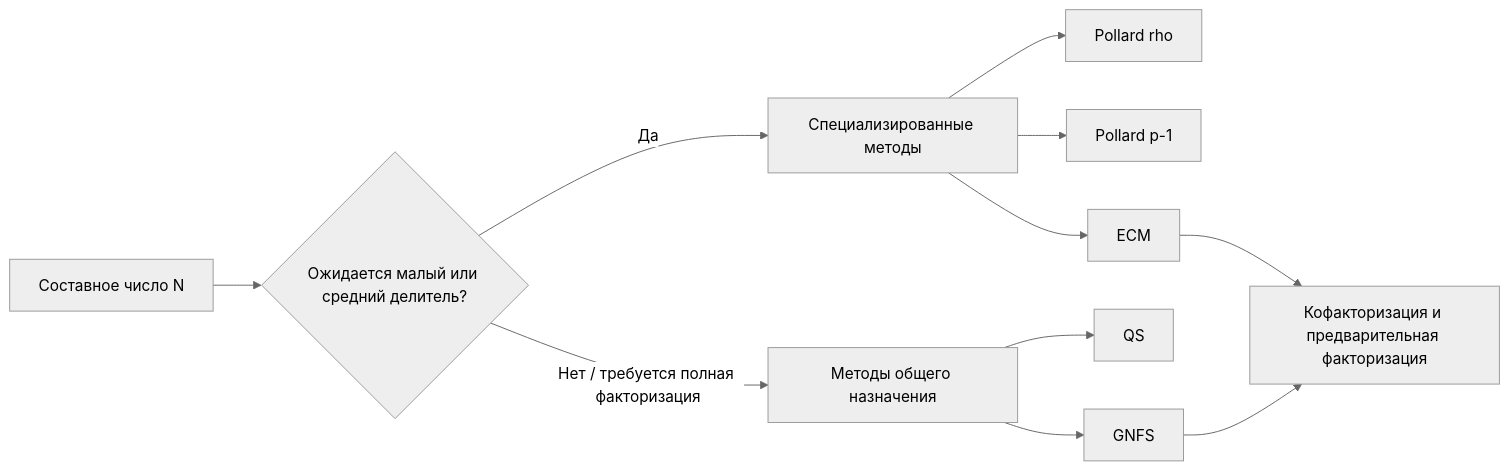
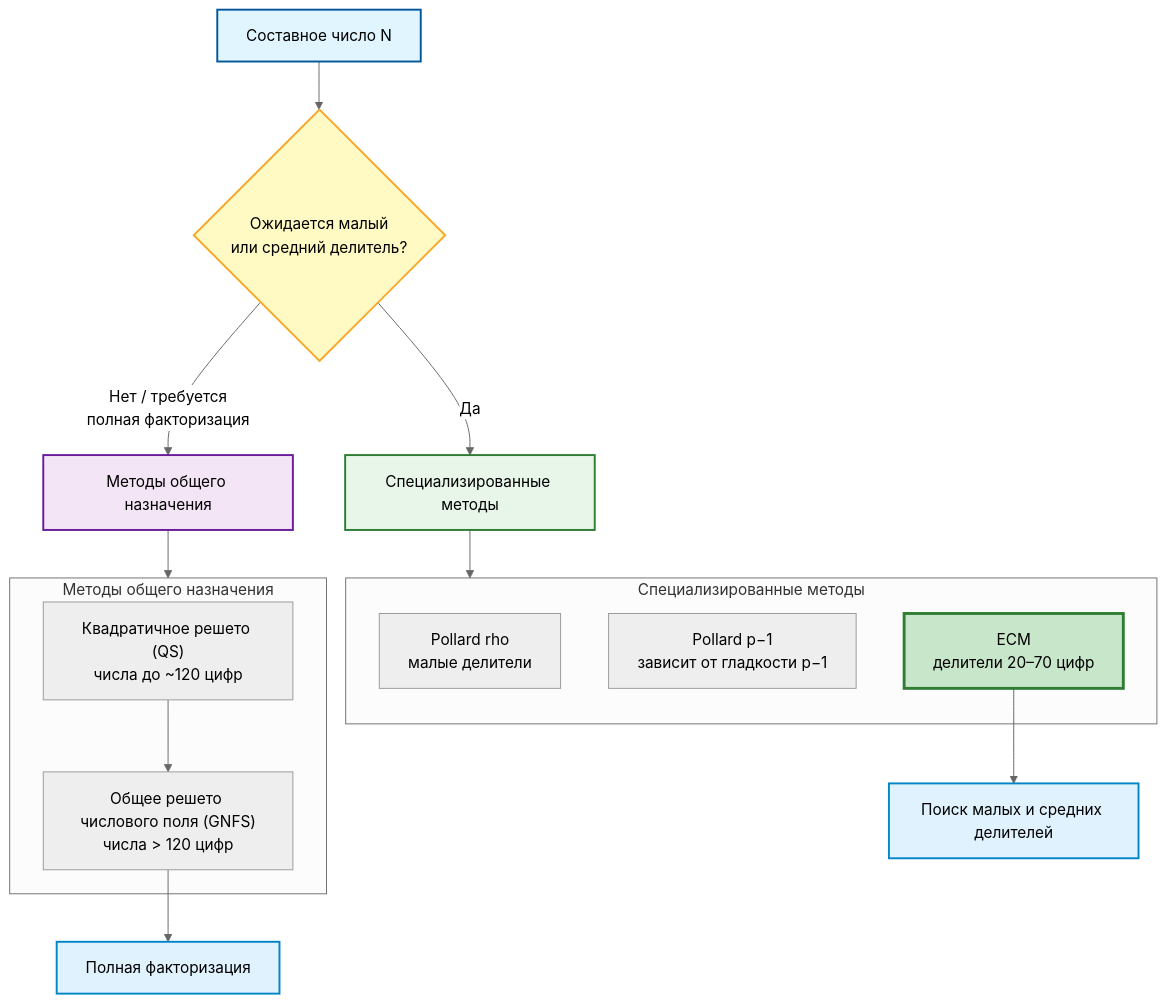
Before and after one commit to EgorPlehanov/ecm-evolutionary-optimization: the first of 4 diagrams in REPORTS/05_thesis/thesis_text.md, drawn with Mermaid (neutral theme). The commit also changed other lines of this file, not shown here.

````diff
--- a/REPORTS/05_thesis/thesis_text.md
+++ b/REPORTS/05_thesis/thesis_text.md
@@ -109,13 +109,32 @@
 ```mermaid
-flowchart LR
-    A["Составное число N"] --> B{"Ожидается малый или средний делитель?"}
-    B -- "Да" --> C["Специализированные методы"]
-    C --> D["Pollard rho"]
-    C --> E["Pollard p-1"]
-    C --> F["ECM"]
-    B -- "Нет / требуется полная факторизация" --> G["Методы общего назначения"]
-    G --> H["QS"]
-    G --> I["GNFS"]
-    F --> J["Кофакторизация и предварительная факторизация"]
-    I --> J
+flowchart TD
+    N[Составное число N] --> Q{Ожидается малый<br>или средний делитель?}
+
+    Q -- Да --> S[Специализированные методы]
+    Q -- Нет / требуется<br>полная факторизация --> G[Методы общего назначения]
+
+    subgraph S_special [Специализированные методы]
+        S1["Pollard rho<br>малые делители"]
+        S2["Pollard p−1<br>зависит от гладкости p−1"]
+        S3["ECM<br>делители 20–70 цифр"]
+    end
+    S --> S_special
+
+    subgraph G_general [Методы общего назначения]
+        G1["Квадратичное решето (QS)<br>числа до ~120 цифр"]
+        G2["Общее решето числового поля (GNFS)<br>числа > 120 цифр"]
+    end
+    G --> G_general
+
+    S3 --> R[Поиск малых и средних делителей]
+    G1 --> G2
+    G2 --> R2[Полная факторизация]
+
+    style N fill:#e1f5fe,stroke:#01579b,stroke-width:2px
+    style Q fill:#fff9c4,stroke:#f9a825,stroke-width:2px
+    style S fill:#e8f5e9,stroke:#2e7d32,stroke-width:2px
+    style G fill:#f3e5f5,stroke:#6a1b9a,stroke-width:2px
+    style S3 fill:#c8e6c9,stroke:#2e7d32,stroke-width:3px
+    style R fill:#e0f2fe,stroke:#0284c7,stroke-width:2px
+    style R2 fill:#e0f2fe,stroke:#0284c7,stroke-width:2px
 ```
````
